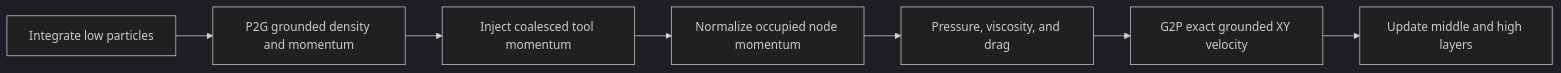
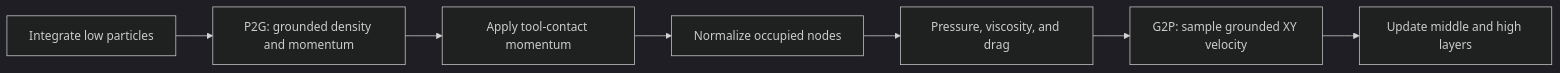
One commit to derekshoneycutt/Euclid changed the fourth of 4 diagrams in docs/wiki/Guides/ParticleSystem.md. Above: the diagram before and after it, drawn with Mermaid (dark theme). The commit also changed other lines of this file and 11 other files, not shown here.

````diff
--- a/docs/wiki/Guides/ParticleSystem.md
+++ b/docs/wiki/Guides/ParticleSystem.md
@@ -122,9 +146,9 @@
 ```mermaid
 flowchart LR
-    Integrate[Integrate low particles] --> Deposit[P2G grounded density and momentum]
-    Deposit --> Contact[Inject coalesced tool momentum]
-    Contact --> Normalize[Normalize occupied node momentum]
+    Integrate[Integrate low particles] --> Deposit[P2G: grounded density and momentum]
+    Deposit --> Contact[Apply tool-contact momentum]
+    Contact --> Normalize[Normalize occupied nodes]
     Normalize --> Solve[Pressure, viscosity, and drag]
-    Solve --> Sample[G2P exact grounded XY velocity]
+    Solve --> Sample[G2P: sample grounded XY velocity]
     Sample --> Layers[Update middle and high layers]
 ```
````
